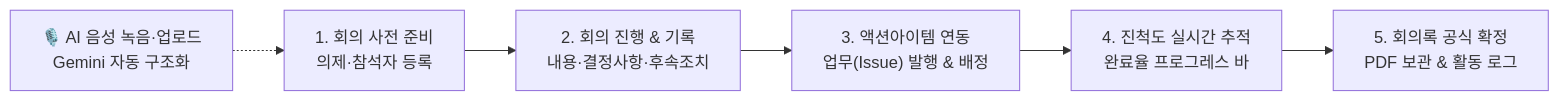
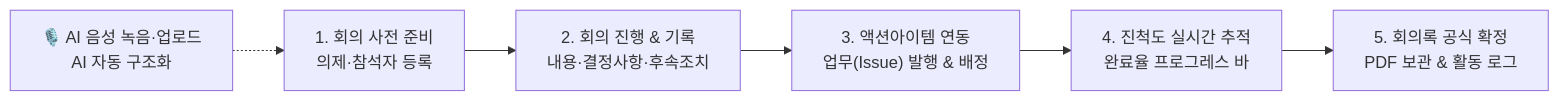
Before and after one commit to nc2U/ibs: the diagram in app/vue/docs/work-manage/meeting.md, drawn with Mermaid. The commit also changed other lines of this file and 51 other files, not shown here.

````diff
--- a/app/vue/docs/work-manage/meeting.md
+++ b/app/vue/docs/work-manage/meeting.md
@@ -15,8 +15,8 @@
 ```mermaid
 flowchart LR
-    A["🎙️ AI 음성 녹음·업로드<br>Gemini 자동 구조화"] -.-> B["1. 회의 사전 준비<br>의제·참석자 등록"]
+    A["🎙️ AI 음성 녹음·업로드<br>AI 자동 구조화"] -.-> B["1. 회의 사전 준비<br>의제·참석자 등록"]
     B --> C["2. 회의 진행 & 기록<br>내용·결정사항·후속조치"]
     C --> D["3. 액션아이템 연동<br>업무(Issue) 발행 & 배정"]
     D --> E["4. 진척도 실시간 추적<br>완료율 프로그레스 바"]
     E --> F["5. 회의록 공식 확정<br>PDF 보관 & 활동 로그"]
 ```
````
